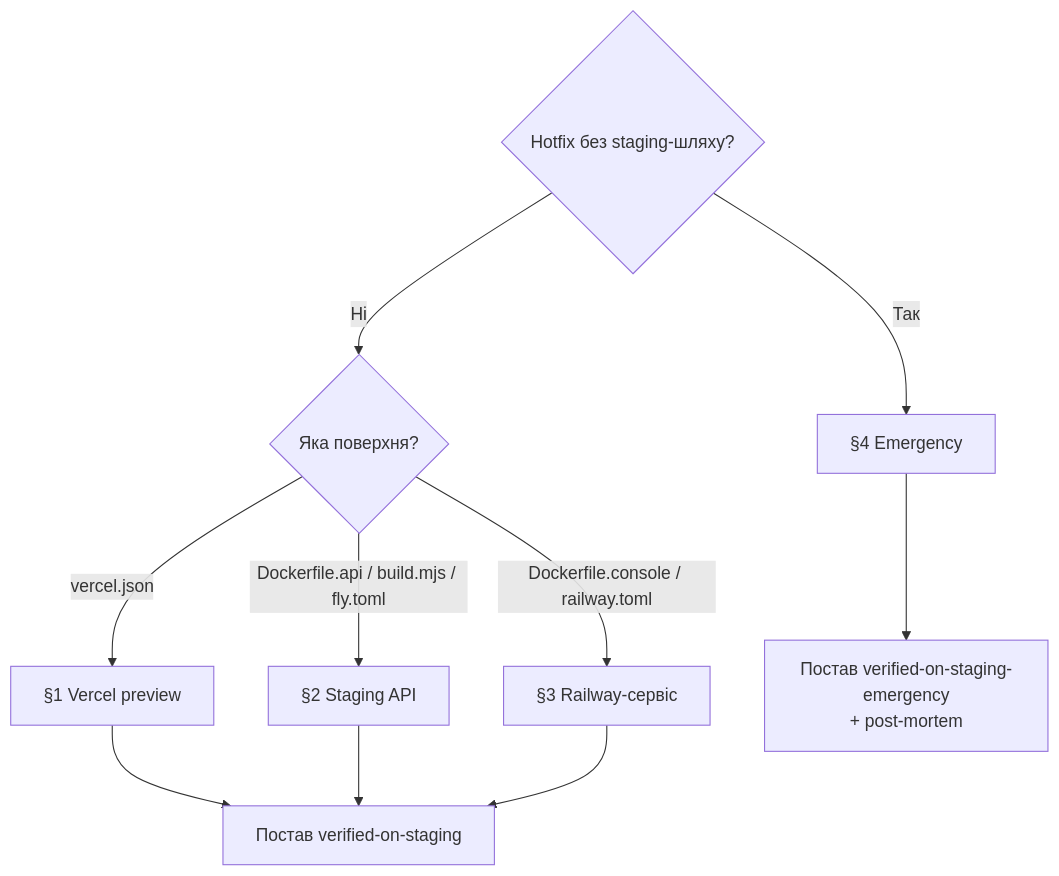
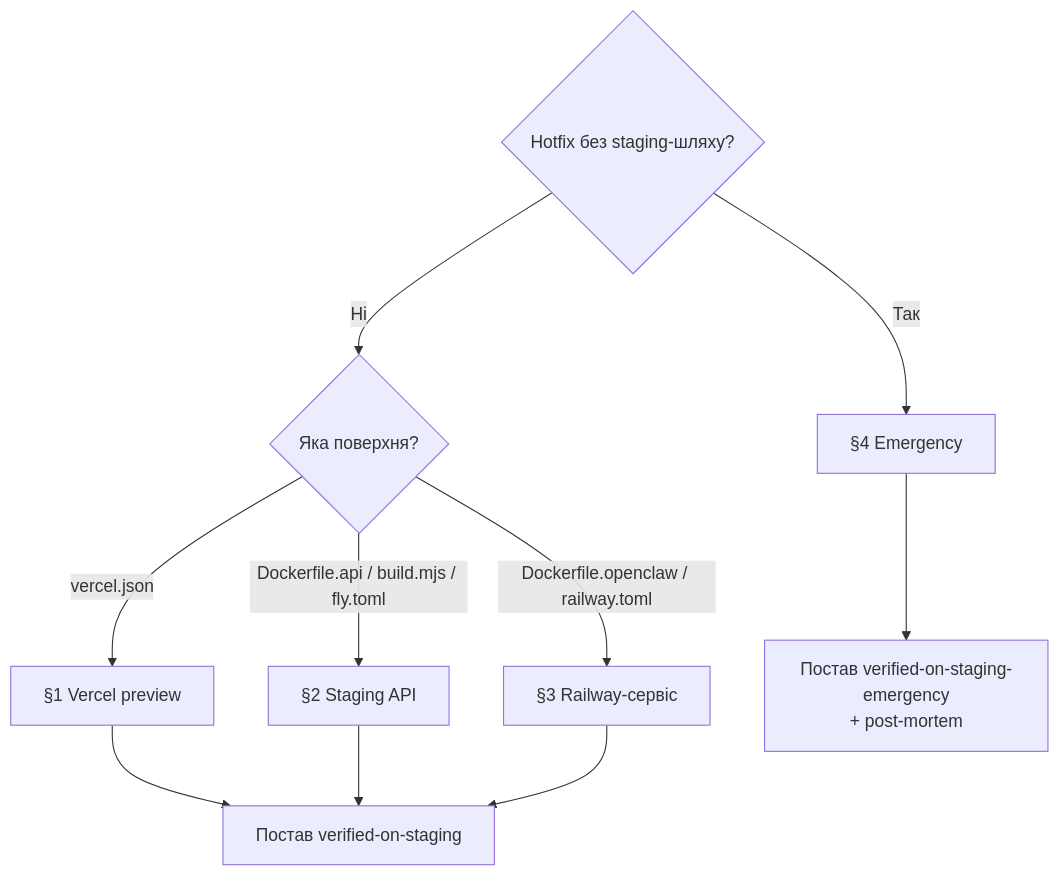
Before and after one commit to SkOrDs-02/sergeant: the diagram in docs/playbooks/deploy-config-change.md, drawn with Mermaid. The commit also changed other lines of this file and 11 other files, not shown here.

First line of the commit message:
chore(openclaw): rename deploy files console → openclaw (Dockerfile + railway toml)

````diff
--- a/docs/playbooks/deploy-config-change.md
+++ b/docs/playbooks/deploy-config-change.md
@@ -39,15 +39,15 @@
 ```mermaid
 flowchart TD
     Q1{"Hotfix без staging-шляху?"}
     Q1 -- "Ні" --> Q2{"Яка поверхня?"}
     Q1 -- "Так" --> EMERG["§4 Emergency"]
 
     Q2 -- "vercel.json" --> WEB["§1 Vercel preview"]
     Q2 -- "Dockerfile.api / build.mjs / fly.toml" --> API["§2 Staging API"]
-    Q2 -- "Dockerfile.console / railway.toml" --> RAILWAY["§3 Railway-сервіс"]
+    Q2 -- "Dockerfile.openclaw / railway.toml" --> RAILWAY["§3 Railway-сервіс"]
 
     WEB --> LABEL["Постав verified-on-staging"]
     API --> LABEL
     RAILWAY --> LABEL
     EMERG --> LABEL_E["Постав verified-on-staging-emergency<br/>+ post-mortem"]
 ```
````
